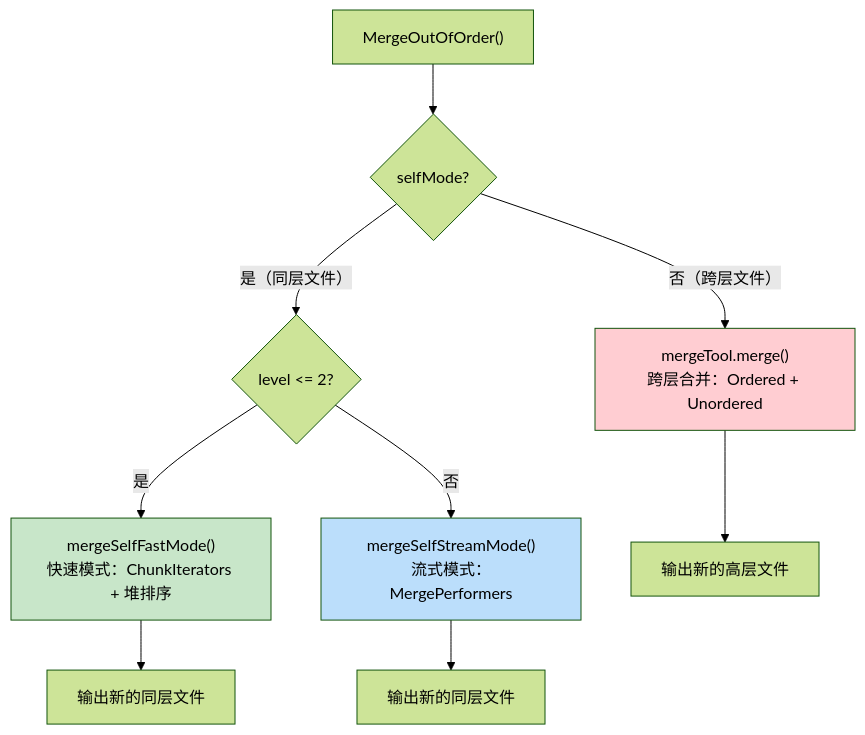
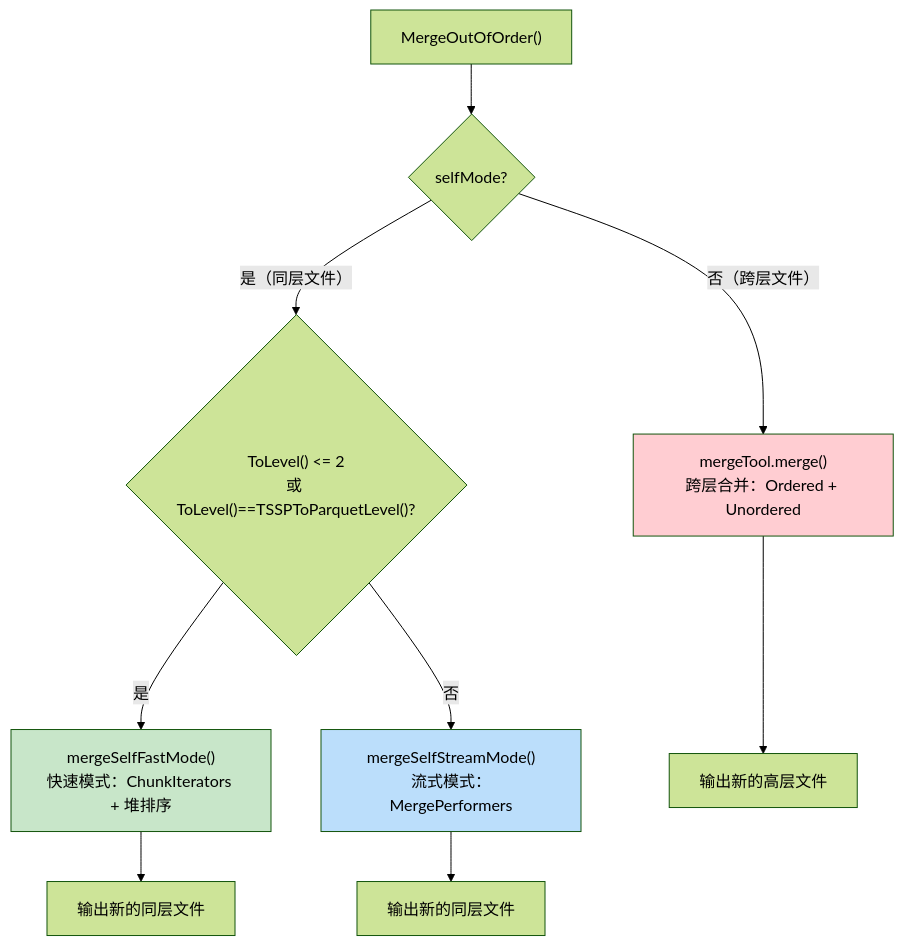
The eighth of 17 diagrams in docs/specs/14_compaction_strategy_spec.md (stefanv5/openGemini), drawn with Mermaid (forest theme) before and after one commit. The commit also changed other lines of this file and 37 other files, not shown here.

````diff
--- a/docs/specs/14_compaction_strategy_spec.md
+++ b/docs/specs/14_compaction_strategy_spec.md
@@ -475,18 +476,18 @@
 ```mermaid
 graph TD
     A["MergeOutOfOrder()"] --> B{"selfMode?"}
 
-    B -->|"是（同层文件）"| C{"level <= 2?"}
+    B -->|"是（同层文件）"| C{"ToLevel() <= 2<br/>或 ToLevel()==TSSPToParquetLevel()?"}
     C -->|"是"| D["mergeSelfFastMode()<br/>快速模式：ChunkIterators + 堆排序"]
     C -->|"否"| E["mergeSelfStreamMode()<br/>流式模式：MergePerformers"]
 
     B -->|"否（跨层文件）"| F["mergeTool.merge()<br/>跨层合并：Ordered + Unordered"]
 
     D --> G["输出新的同层文件"]
     E --> H["输出新的同层文件"]
     F --> I["输出新的高层文件"]
 
     style D fill:#c8e6c9
     style E fill:#bbdefb
     style F fill:#ffcdd2
 ```
````
